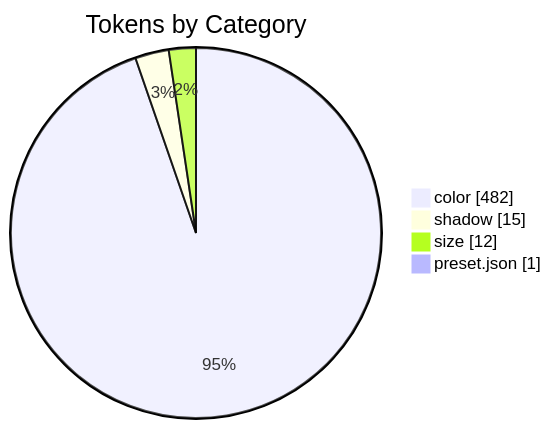
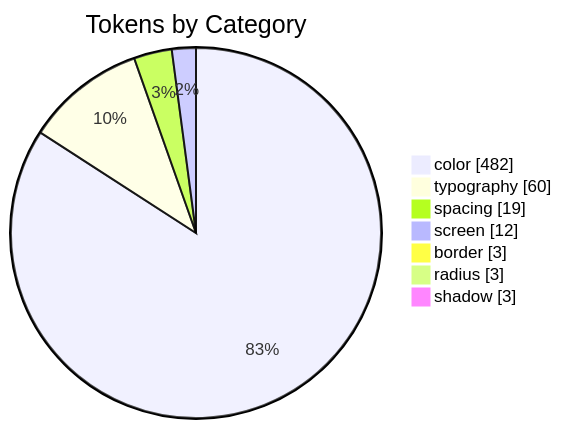
One commit to MerzoukeMansouri/adeo-mozaic-mcp changed the diagram in docs/assets/stats-tokens.mmd. Above: the diagram before and after it, drawn with Mermaid. The commit also changed 27 other files, not shown here.

```diff
--- a/docs/assets/stats-tokens.mmd
+++ b/docs/assets/stats-tokens.mmd
@@ -1,8 +1,11 @@
 ---
 title: Tokens by Category
 ---
 pie showData
     "color" : 482
-    "shadow" : 15
-    "size" : 12
-    "preset.json" : 1
+    "typography" : 60
+    "spacing" : 19
+    "screen" : 12
+    "border" : 3
+    "radius" : 3
+    "shadow" : 3
```
